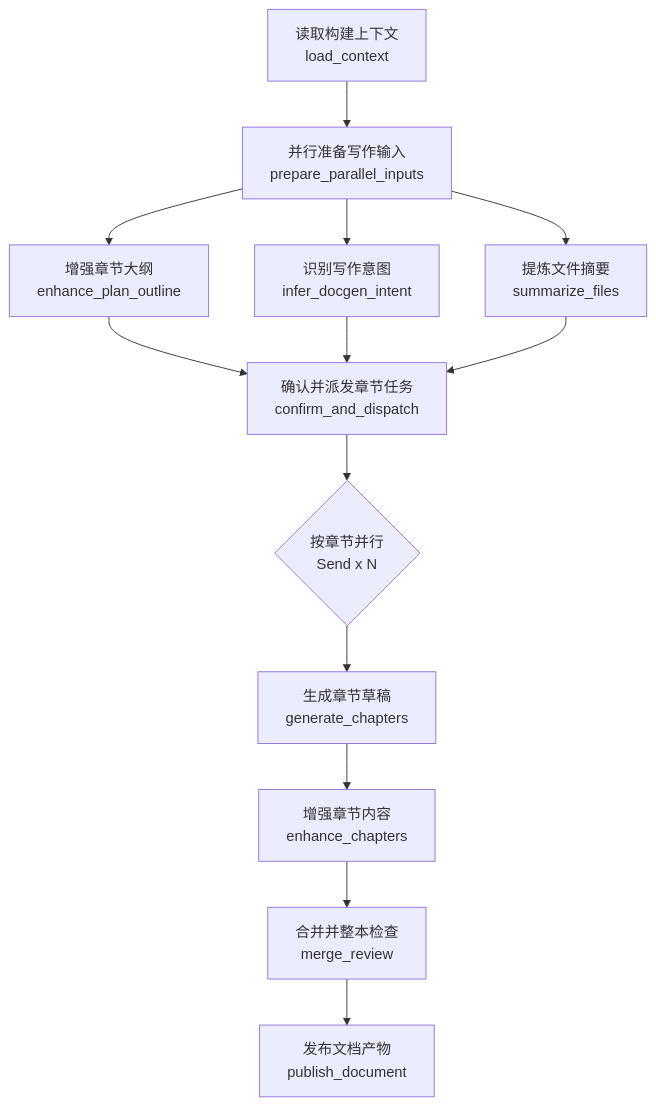
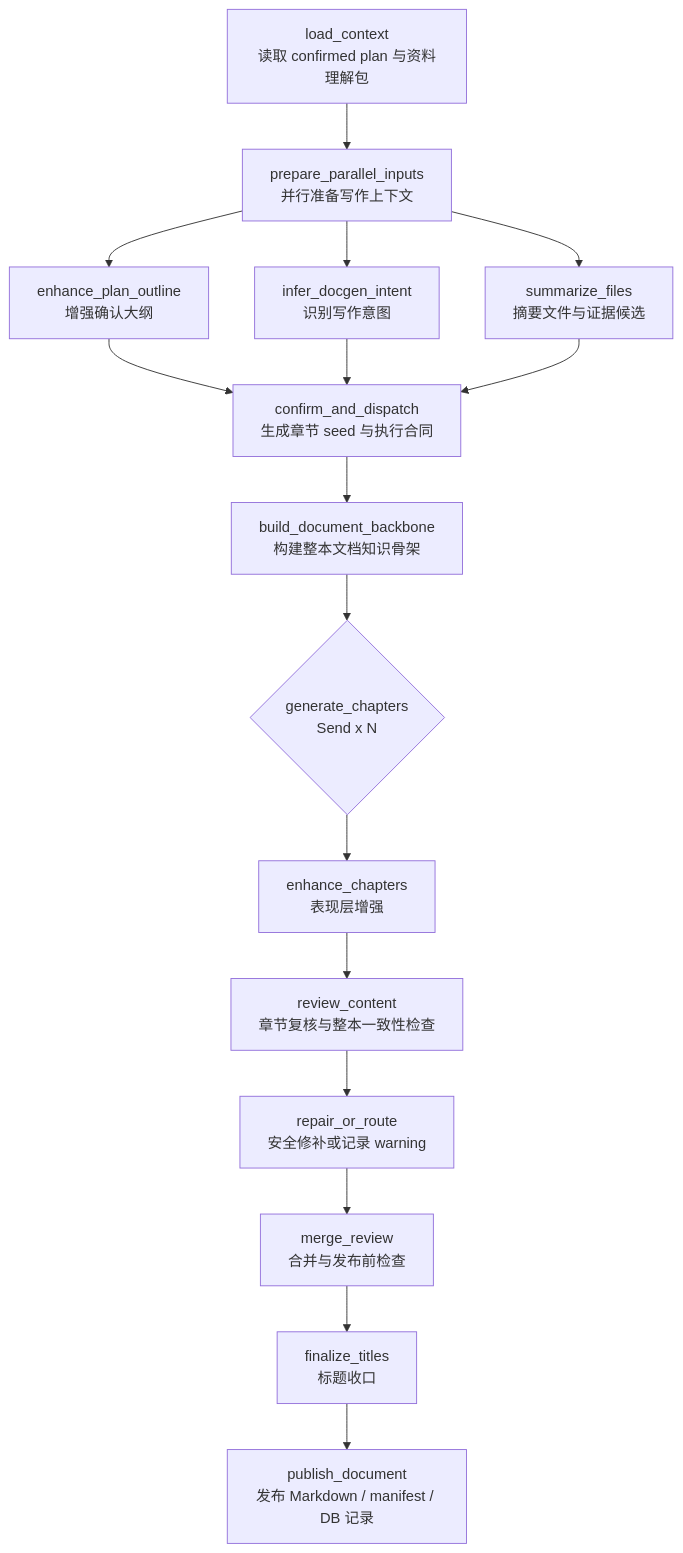
Before and after one commit to aiteachme/AITeachMe: the diagram in backend/app/workflows/digest/docgen/README.md, drawn with Mermaid. The commit also changed other lines of this file and 4 other files, not shown here.

````diff
--- a/backend/app/workflows/digest/docgen/README.md
+++ b/backend/app/workflows/digest/docgen/README.md
@@ -31,29 +50,33 @@
 ```mermaid
 flowchart TD
-    A["读取构建上下文<br/>load_context"]
-
-    B["并行准备写作输入<br/>prepare_parallel_inputs"]
-    B1["增强章节大纲<br/>enhance_plan_outline"]
-    B2["识别写作意图<br/>infer_docgen_intent"]
-    B3["提炼文件摘要<br/>summarize_files"]
-
-    C["确认并派发章节任务<br/>confirm_and_dispatch"]
-    D{"按章节并行<br/>Send x N"}
-    E["生成章节草稿<br/>generate_chapters"]
-    F["增强章节内容<br/>enhance_chapters"]
-    G["合并并整本检查<br/>merge_review"]
-    H["发布文档产物<br/>publish_document"]
+    A["load_context<br/>读取 confirmed plan 与资料理解包"]
+    B["prepare_parallel_inputs<br/>并行准备写作上下文"]
+    B1["enhance_plan_outline<br/>增强确认大纲"]
+    B2["infer_docgen_intent<br/>识别写作意图"]
+    B3["summarize_files<br/>摘要文件与证据候选"]
+    C["confirm_and_dispatch<br/>生成章节 seed 与执行合同"]
+    D["build_document_backbone<br/>构建整本文档知识骨架"]
+    E{"generate_chapters<br/>Send x N"}
+    F["enhance_chapters<br/>表现层增强"]
+    G["review_content<br/>章节复核与整本一致性检查"]
+    H["repair_or_route<br/>安全修补或记录 warning"]
+    I["merge_review<br/>合并与发布前检查"]
+    J["finalize_titles<br/>标题收口"]
+    K["publish_document<br/>发布 Markdown / manifest / DB 记录"]
 
     A --> B
     B --> B1
     B --> B2
     B --> B3
     B1 --> C
     B2 --> C
     B3 --> C
     C --> D
     D --> E
     E --> F
     F --> G
     G --> H
+    H --> I
+    I --> J
+    J --> K
 ```
````
